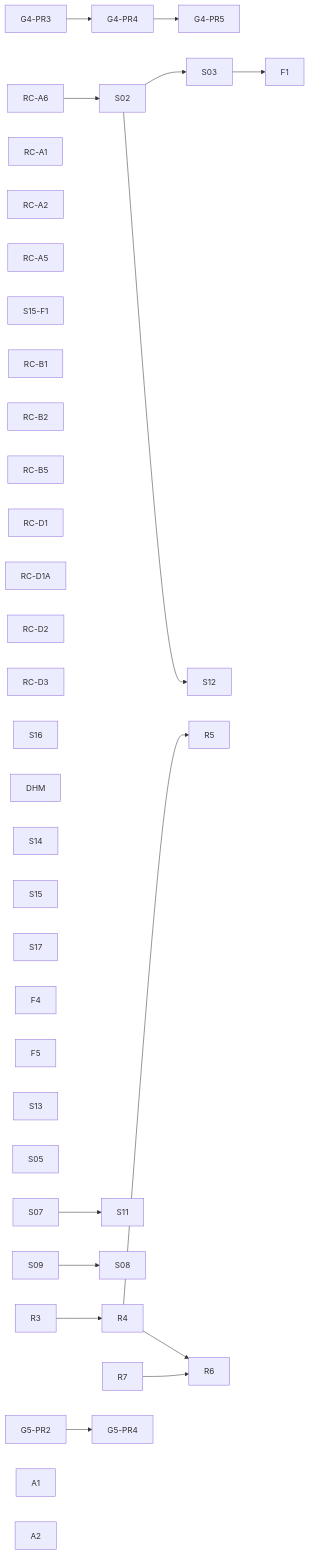
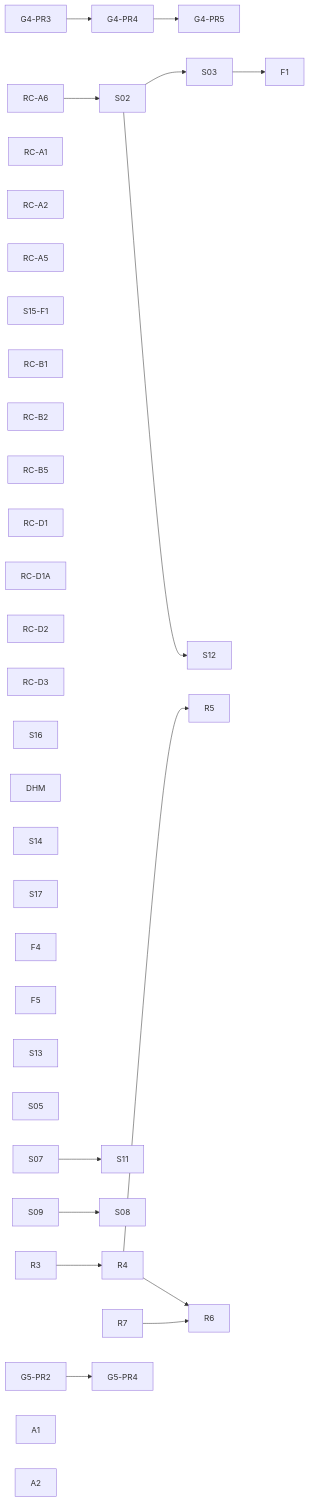
The diagram in docs/planning/state/open-task-route.md (dunay2/dvt), drawn with Mermaid before and after one commit. The commit also changed other lines of this file and 5 other files, not shown here.

````diff
--- a/docs/planning/state/open-task-route.md
+++ b/docs/planning/state/open-task-route.md
@@ -80,40 +79,39 @@
 ```mermaid
 flowchart LR
   G43[G4-PR3] --> G44[G4-PR4] --> G45[G4-PR5]
 
   RC_A6[RC-A6] --> S02[S02] --> S03[S03] --> F1[F1]
   RC_A1[RC-A1]
   RC_A2[RC-A2]
   RC_A5[RC-A5]
   S15F1[S15-F1]
   RC_B1[RC-B1]
   RC_B2[RC-B2]
   RC_B5[RC-B5]
   RC_D1[RC-D1]
   RC_D1A[RC-D1A]
   RC_D2[RC-D2]
   RC_D3[RC-D3]
   S16[S16]
   DHM[DHM]
 
   S02 --> S12[S12]
   S14[S14]
-  S15[S15]
   S17[S17]
   F4[F4]
   F5[F5]
   S13[S13]
   S05[S05]
 
   S07[S07] --> S11[S11]
   S09[S09] --> S08[S08]
 
   R3[R3] --> R4[R4] --> R5[R5]
   R4 --> R6[R6]
   R7[R7] --> R6
 
   G52[G5-PR2] --> G54[G5-PR4]
   A1[A1]
   A2[A2]
   DHM
 ```
````
